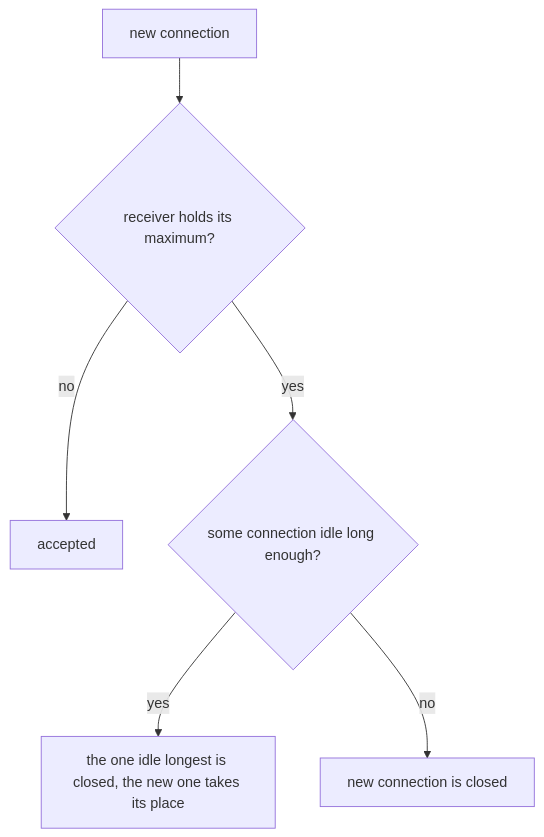
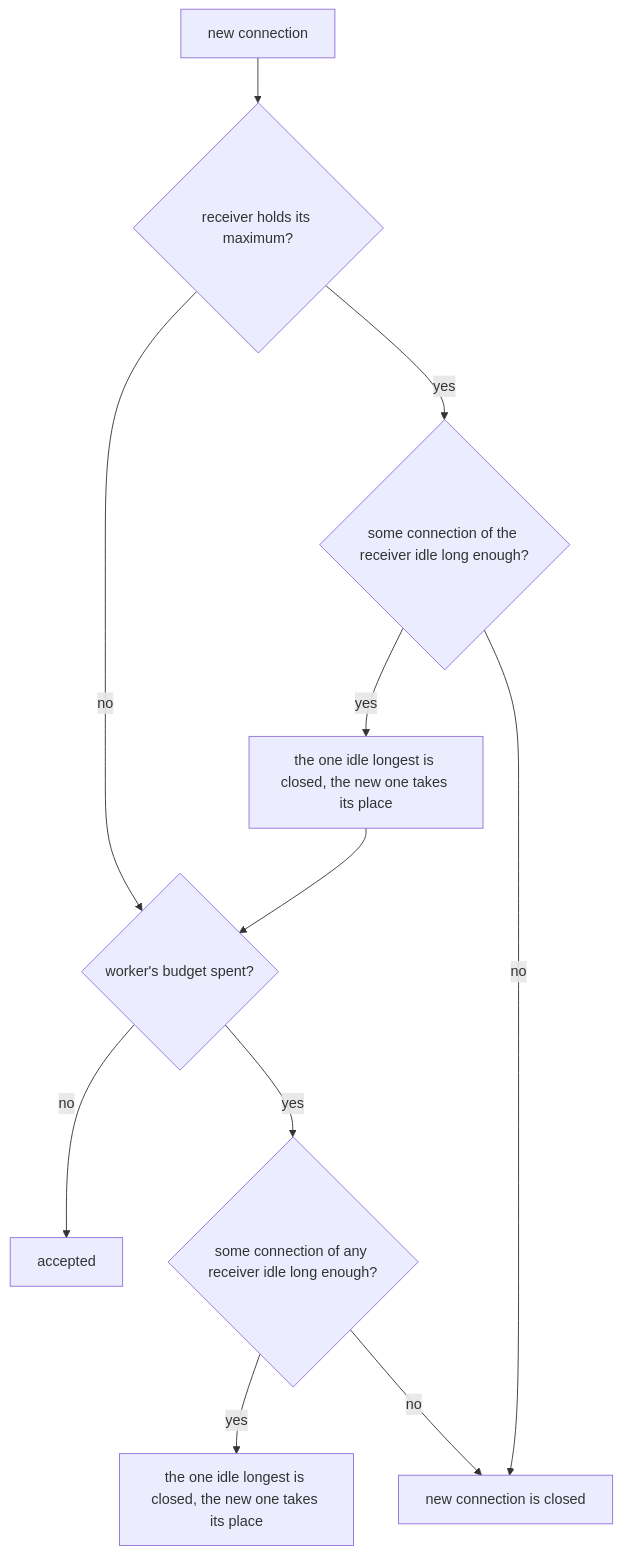
One commit to smeltr-sh/smeltr changed the second of 3 diagrams in docs/architecture/security.md. Above: the diagram before and after it, drawn with Mermaid. The commit also changed other lines of this file and 28 other files, not shown here.

````diff
--- a/docs/architecture/security.md
+++ b/docs/architecture/security.md
@@ -265,8 +266,13 @@
 ```mermaid
 flowchart TD
   A[new connection] --> B{receiver holds its maximum?}
-  B -- no --> C[accepted]
-  B -- yes --> D{some connection idle long enough?}
+  B -- no --> G{worker's budget spent?}
+  B -- yes --> D{some connection of the receiver idle long enough?}
   D -- yes --> E[the one idle longest is closed, the new one takes its place]
   D -- no --> F[new connection is closed]
+  E --> G
+  G -- no --> C[accepted]
+  G -- yes --> H{some connection of any receiver idle long enough?}
+  H -- yes --> I[the one idle longest is closed, the new one takes its place]
+  H -- no --> F
 ```
````
